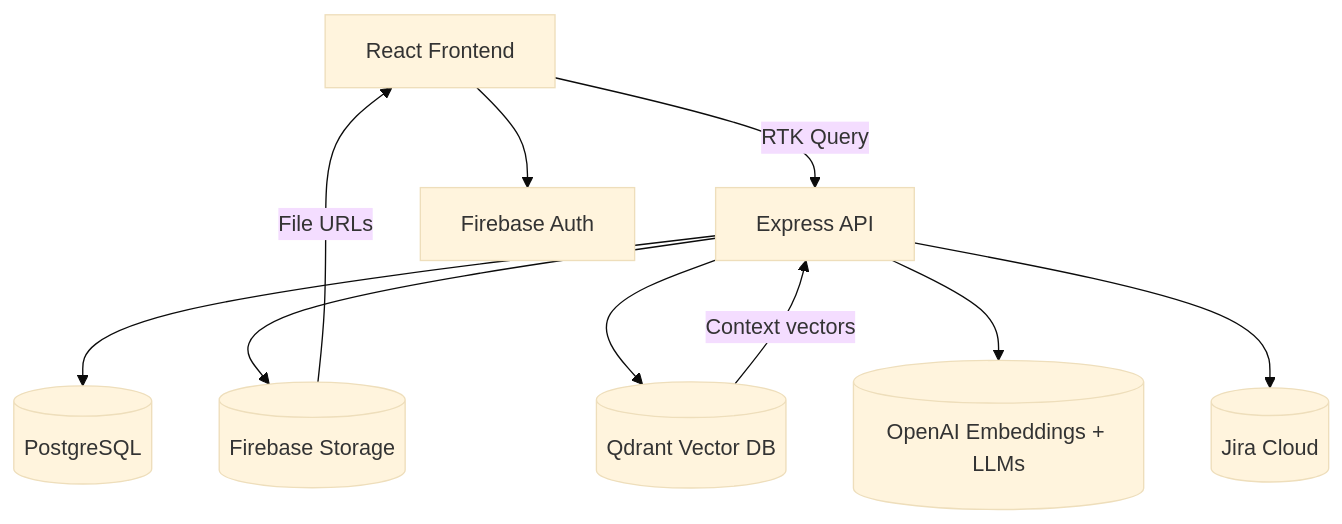
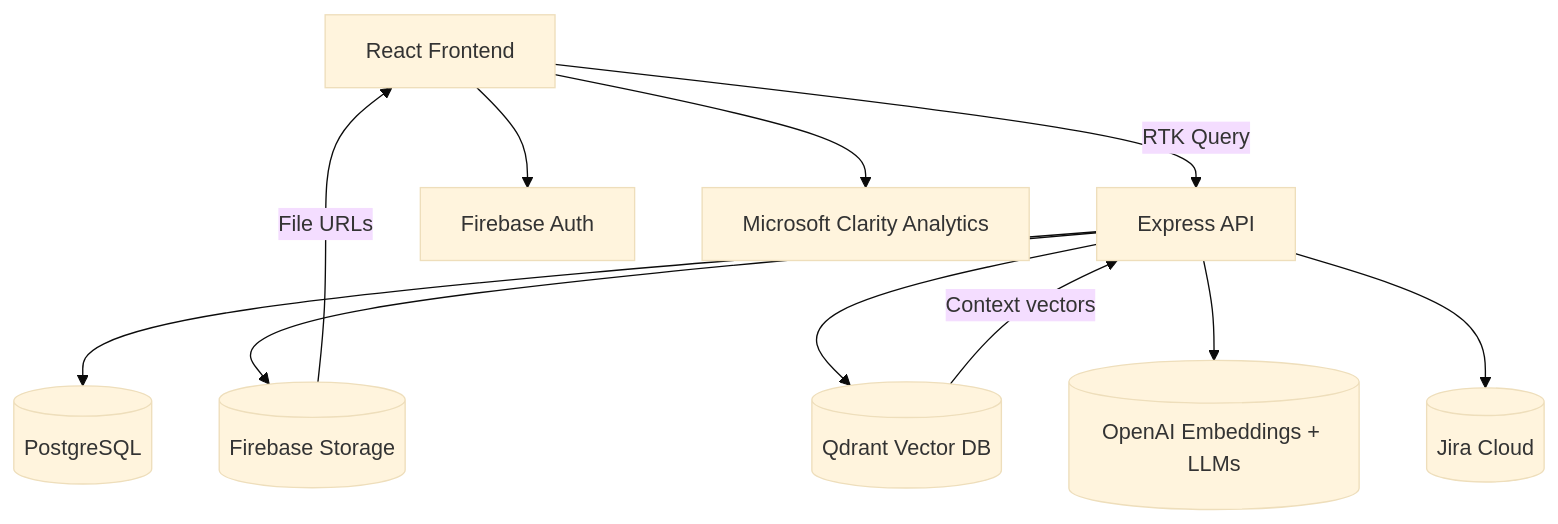
One commit to blueberrybytes/plan-ai changed the diagram in README.md. Above: the diagram before and after it, drawn with Mermaid (base theme). The commit also changed other lines of this file and 2 other files, not shown here.

````diff
--- a/README.md
+++ b/README.md
@@ -22,12 +22,13 @@
 ```mermaid
 graph TD
   FE[React Frontend] -->|RTK Query| BE[Express API]
   FE --> FirebaseAuth[Firebase Auth]
+  FE --> Clarity[Microsoft Clarity Analytics]
   BE --> Postgres[(PostgreSQL)]
   BE --> FirebaseStorage[(Firebase Storage)]
   BE --> Qdrant[(Qdrant Vector DB)]
   BE --> OpenAI[(OpenAI Embeddings + LLMs)]
   BE --> Jira[(Jira Cloud)]
   Qdrant -->|Context vectors| BE
   FirebaseStorage -->|File URLs| FE
 ```
````
